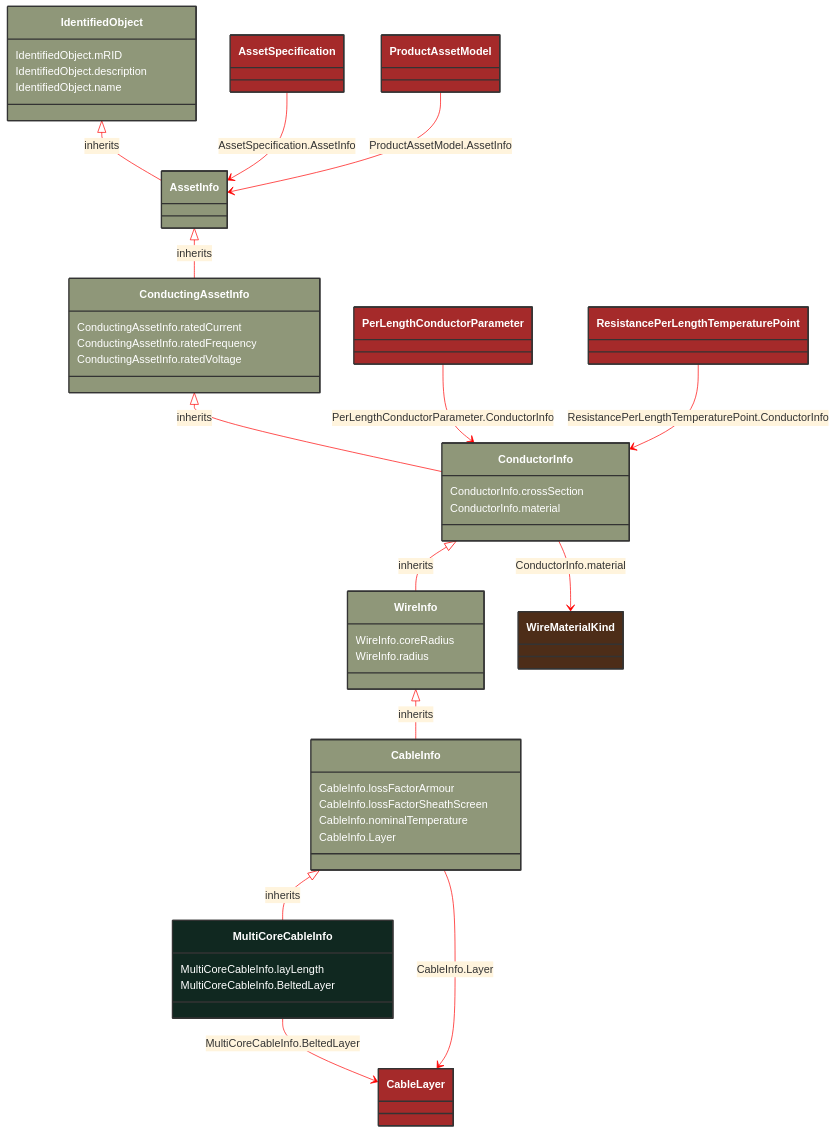
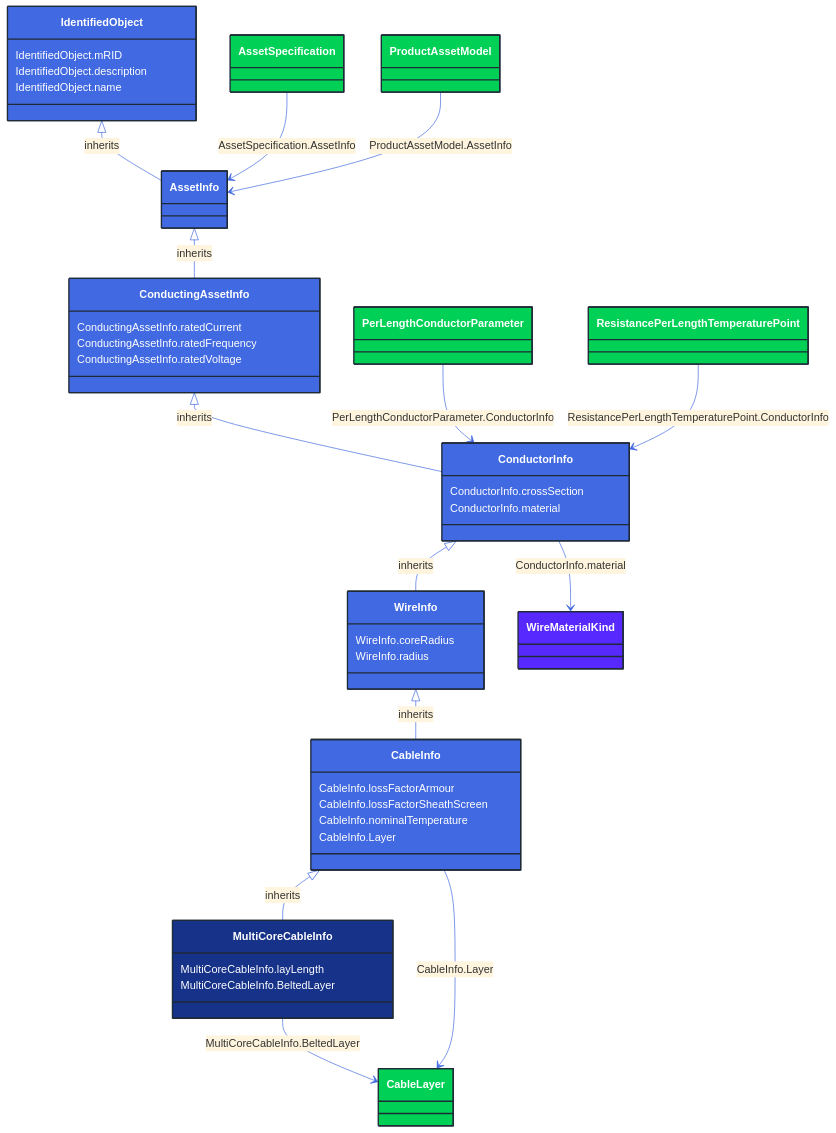
The diagram in docs/Models/Profiles/SubseaCableInfo/ConcreteClasses/MultiCoreCableInfo.md (3lbits/NoCIMExtensions), drawn with Mermaid before and after one commit. The commit also changed 362 other files, not shown here.

First line of the commit message:
Update diagrams and styles for improved visual consistency

````diff
--- a/docs/Models/Profiles/SubseaCableInfo/ConcreteClasses/MultiCoreCableInfo.md
+++ b/docs/Models/Profiles/SubseaCableInfo/ConcreteClasses/MultiCoreCableInfo.md
@@ -8,74 +8,74 @@
 ```mermaid
-%%{init: {'theme':'base','themeVariables': {'lineColor': '#FF0000'}}}%%
+%%{init: {'theme':'base','themeVariables': {'lineColor': '#4169E1'}}}%%
 classDiagram
     class MultiCoreCableInfo
     click MultiCoreCableInfo href "/Models/Profiles/SubseaCableInfo/ConcreteClasses/MultiCoreCableInfo/"
-    style MultiCoreCableInfo fill:#102820,stroke:#333,stroke-width:2px,rx:10,ry:10,color:white
+    style MultiCoreCableInfo fill:#163289,stroke:#1F2A37,stroke-width:2px,rx:10,ry:10,color:white
      
         CableInfo <|-- MultiCoreCableInfo : inherits
             click CableInfo href "/Models/Profiles/SubseaCableInfo/ConcreteClasses/CableInfo/"
-            style CableInfo fill:#8F9779,stroke:#333,stroke-width:2px,rx:10,ry:10,color:white
+            style CableInfo fill:#4169E1,stroke:#1F2A37,stroke-width:2px,rx:10,ry:10,color:white
      
         WireInfo <|-- CableInfo : inherits
             click WireInfo href "/Models/Profiles/SubseaCableInfo/AbstractClasses/WireInfo/"
-            style WireInfo fill:#8F9779,stroke:#333,stroke-width:2px,rx:10,ry:10,color:white
+            style WireInfo fill:#4169E1,stroke:#1F2A37,stroke-width:2px,rx:10,ry:10,color:white
      
         ConductorInfo <|-- WireInfo : inherits
             click ConductorInfo href "/Models/Profiles/SubseaCableInfo/AbstractClasses/ConductorInfo/"
-            style ConductorInfo fill:#8F9779,stroke:#333,stroke-width:2px,rx:10,ry:10,color:white
+            style ConductorInfo fill:#4169E1,stroke:#1F2A37,stroke-width:2px,rx:10,ry:10,color:white
      
         ConductingAssetInfo <|-- ConductorInfo : inherits
             click ConductingAssetInfo href "/Models/Profiles/SubseaCableInfo/AbstractClasses/ConductingAssetInfo/"
-            style ConductingAssetInfo fill:#8F9779,stroke:#333,stroke-width:2px,rx:10,ry:10,color:white
+            style ConductingAssetInfo fill:#4169E1,stroke:#1F2A37,stroke-width:2px,rx:10,ry:10,color:white
      
         AssetInfo <|-- ConductingAssetInfo : inherits
             click AssetInfo href "/Models/Profiles/SubseaCableInfo/AbstractClasses/AssetInfo/"
-            style AssetInfo fill:#8F9779,stroke:#333,stroke-width:2px,rx:10,ry:10,color:white
+            style AssetInfo fill:#4169E1,stroke:#1F2A37,stroke-width:2px,rx:10,ry:10,color:white
      
         IdentifiedObject <|-- AssetInfo : inherits
             click IdentifiedObject href "/Models/Profiles/SubseaCableInfo/AbstractClasses/IdentifiedObject/"
-            style IdentifiedObject fill:#8F9779,stroke:#333,stroke-width:2px,rx:10,ry:10,color:white
+            style IdentifiedObject fill:#4169E1,stroke:#1F2A37,stroke-width:2px,rx:10,ry:10,color:white
 
         MultiCoreCableInfo --> CableLayer : MultiCoreCableInfo.BeltedLayer
 
         CableLayer
             click CableLayer href "/Models/Profiles/SubseaCableInfo/AbstractClasses/CableLayer/"
-            style CableLayer fill:#A52A2A,stroke:#333,stroke-width:2px,rx:10,ry:10,color:white
+            style CableLayer fill:#00D156,stroke:#1F2A37,stroke-width:2px,rx:10,ry:10,color:white
         CableInfo --> CableLayer : CableInfo.Layer
 
         CableLayer
             click CableLayer href "/Models/Profiles/SubseaCableInfo/AbstractClasses/CableLayer/"
-            style CableLayer fill:#A52A2A,stroke:#333,stroke-width:2px,rx:10,ry:10,color:white
+            style CableLayer fill:#00D156,stroke:#1F2A37,stroke-width:2px,rx:10,ry:10,color:white
 
         AssetSpecification --> AssetInfo : AssetSpecification.AssetInfo
 
         AssetSpecification
             click AssetSpecification href "/Models/Profiles/SubseaCableInfo/ConcreteClasses/AssetSpecification/"
-            style AssetSpecification fill:#A52A2A,stroke:#333,stroke-width:2px,rx:10,ry:10,color:white
+            style AssetSpecification fill:#00D156,stroke:#1F2A37,stroke-width:2px,rx:10,ry:10,color:white
 
         PerLengthConductorParameter --> ConductorInfo : PerLengthConductorParameter.ConductorInfo
 
         PerLengthConductorParameter
             click PerLengthConductorParameter href "/Models/Profiles/SubseaCableInfo/AbstractClasses/PerLengthConductorParameter/"
-            style PerLengthConductorParameter fill:#A52A2A,stroke:#333,stroke-width:2px,rx:10,ry:10,color:white
+            style PerLengthConductorParameter fill:#00D156,stroke:#1F2A37,stroke-width:2px,rx:10,ry:10,color:white
 
         ProductAssetModel --> AssetInfo : ProductAssetModel.AssetInfo
 
         ProductAssetModel
             click ProductAssetModel href "/Models/Profiles/SubseaCableInfo/ConcreteClasses/ProductAssetModel/"
-            style ProductAssetModel fill:#A52A2A,stroke:#333,stroke-width:2px,rx:10,ry:10,color:white
+            style ProductAssetModel fill:#00D156,stroke:#1F2A37,stroke-width:2px,rx:10,ry:10,color:white
 
         ResistancePerLengthTemperaturePoint --> ConductorInfo : ResistancePerLengthTemperaturePoint.ConductorInfo
 
         ResistancePerLengthTemperaturePoint
             click ResistancePerLengthTemperaturePoint href "/Models/Profiles/SubseaCableInfo/ConcreteClasses/ResistancePerLengthTemperaturePoint/"
-            style ResistancePerLengthTemperaturePoint fill:#A52A2A,stroke:#333,stroke-width:2px,rx:10,ry:10,color:white
+            style ResistancePerLengthTemperaturePoint fill:#00D156,stroke:#1F2A37,stroke-width:2px,rx:10,ry:10,color:white
 
         ConductorInfo --> WireMaterialKind : ConductorInfo.material
 
         WireMaterialKind
             click WireMaterialKind href "/Models/Profiles/SubseaCableInfo/Enumerations/WireMaterialKind/"
-            style WireMaterialKind fill:#4D2D18,stroke:#333,stroke-width:2px,rx:10,ry:10,color:white
+            style WireMaterialKind fill:#5729FF,stroke:#1F2A37,stroke-width:2px,rx:10,ry:10,color:white
 
         MultiCoreCableInfo : MultiCoreCableInfo.layLength
         MultiCoreCableInfo : MultiCoreCableInfo.BeltedLayer
````
